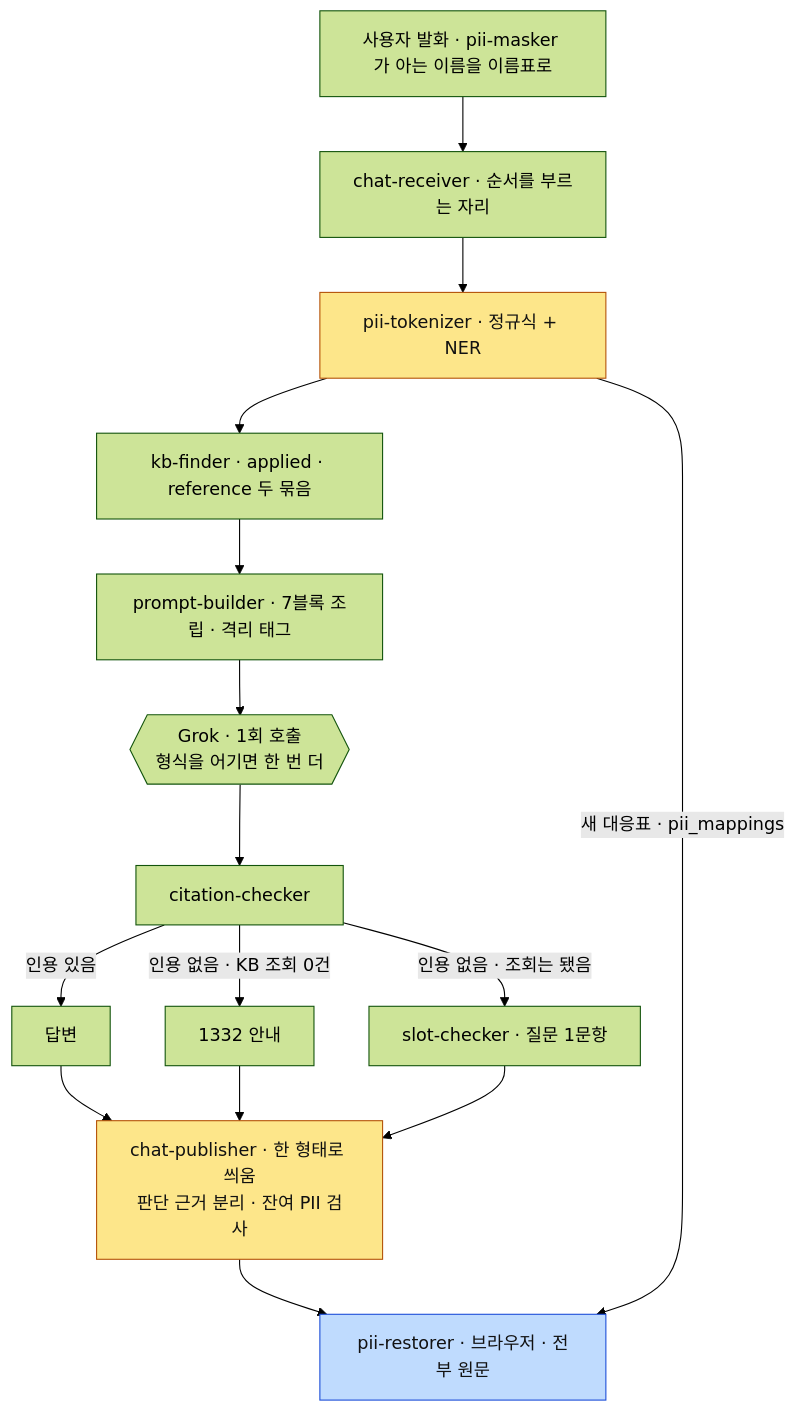
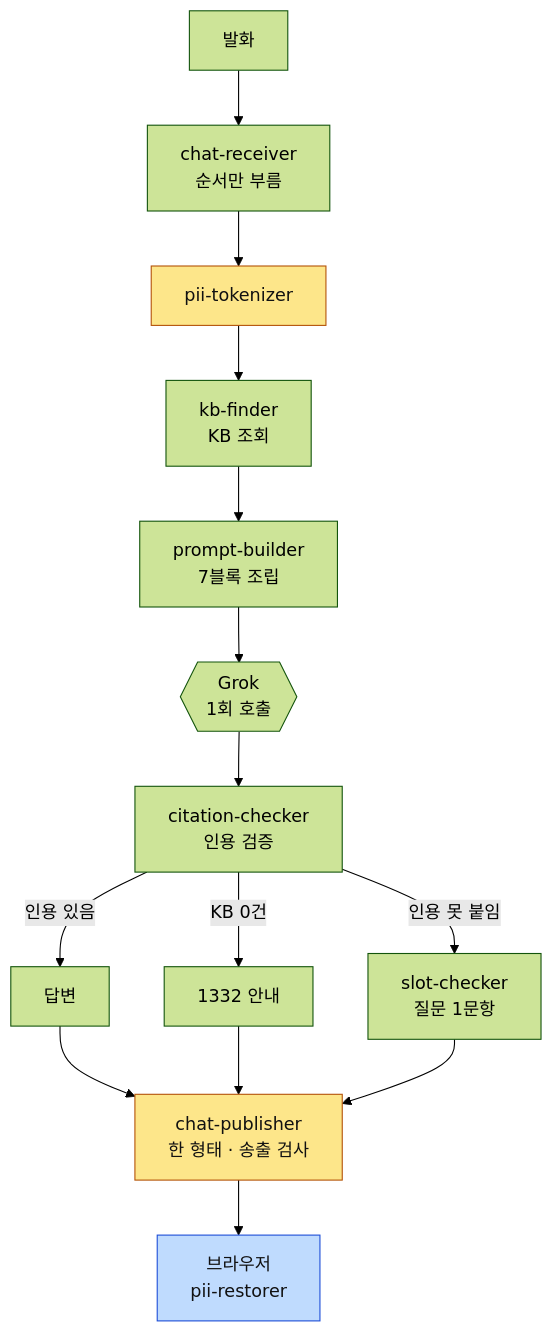
One commit to Dojaegyum/fsec-ai-challenge changed the fourth of 10 diagrams in ARCHITECTURE.md. Above: the diagram before and after it, drawn with Mermaid (forest theme). The commit also changed other lines of this file and 4 other files, not shown here.

First line of the commit message:
ARCHITECTURE.md 그림을 뷰어에서 안 잘리게 다시 그리고, ADR 번호를 그림·본문에서 걷어 절 끝 「근거」로 모으고, 환경·시크릿 절을 없앤다

````diff
--- a/ARCHITECTURE.md
+++ b/ARCHITECTURE.md
@@ -232,24 +206,22 @@
 ```mermaid
 flowchart TB
-    IN["사용자 발화 · pii-masker 가 아는 이름을 이름표로"] --> RECV["chat-receiver · 순서를 부르는 자리"]
-    RECV --> TOK2["pii-tokenizer · 정규식 + NER"]
-    TOK2 --> FIND["kb-finder · applied · reference 두 묶음"]
-    FIND --> PB["prompt-builder · 7블록 조립 · 격리 태그"]
-    PB --> LLM{{"Grok · 1회 호출<br/>형식을 어기면 한 번 더"}}
-    LLM --> CC["citation-checker"]
+    IN["발화"] --> RECV["chat-receiver<br/>순서만 부름"]
+    RECV --> TOK["pii-tokenizer"]
+    TOK --> FIND["kb-finder<br/>KB 조회"]
+    FIND --> PB["prompt-builder<br/>7블록 조립"]
+    PB --> LLM{{"Grok<br/>1회 호출"}}
+    LLM --> CC["citation-checker<br/>인용 검증"]
 
     CC -->|"인용 있음"| OUT["답변"]
-    CC -->|"인용 없음 · KB 조회 0건"| G1332["1332 안내"]
-    CC -->|"인용 없음 · 조회는 됐음"| SLOT["slot-checker · 질문 1문항"]
+    CC -->|"KB 0건"| G1332["1332 안내"]
+    CC -->|"인용 못 붙임"| SLOT["slot-checker<br/>질문 1문항"]
 
-    OUT --> PUB["chat-publisher · 한 형태로 씌움<br/>판단 근거 분리 · 잔여 PII 검사"]
+    OUT --> PUB["chat-publisher<br/>한 형태 · 송출 검사"]
     G1332 --> PUB
     SLOT --> PUB
+    PUB --> BR["브라우저<br/>pii-restorer"]
 
-    PUB --> BROWSER["pii-restorer · 브라우저 · 전부 원문"]
-    TOK2 -- "새 대응표 · pii_mappings" --> BROWSER
-
-    style TOK2 fill:#fde68a,stroke:#b45309,color:#111
+    style TOK fill:#fde68a,stroke:#b45309,color:#111
     style PUB fill:#fde68a,stroke:#b45309,color:#111
-    style BROWSER fill:#bfdbfe,stroke:#1d4ed8,color:#111
+    style BR fill:#bfdbfe,stroke:#1d4ed8,color:#111
 ```
````
